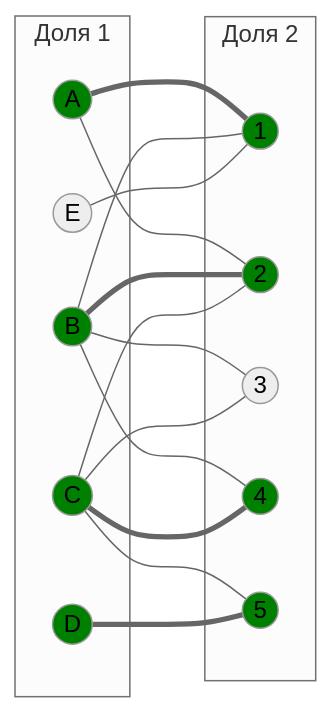
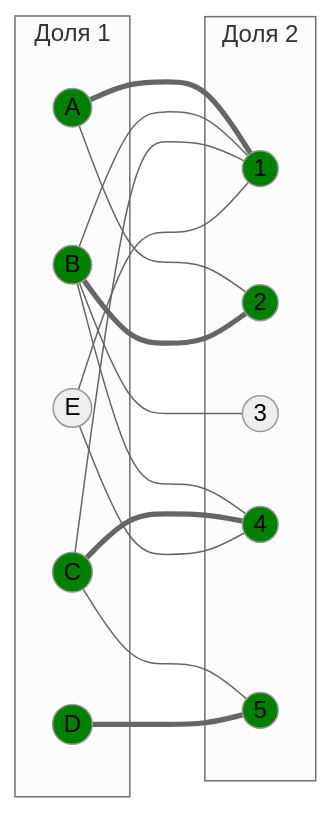
One commit to algos-ris-24-3/manual-tasks changed diagram 11 of 14 in Задание 8/syndicate.md. Above: the diagram before and after it, drawn with Mermaid (neutral theme). The commit also changed other lines of this file, not shown here.

````diff
--- a/Задание 8/syndicate.md
+++ b/Задание 8/syndicate.md
@@ -348,38 +453,38 @@
 ```mermaid
 graph LR
     subgraph "Доля 1"
         A((A))
         B((B))
         C((C))
         D((D))
         E((E))
     end
     subgraph "Доля 2"
         1((1))
         2((2))
         3((3))
         4((4))
         5((5))
     end
     A === 1
     A --- 2
     B --- 1
     B === 2
     B --- 3
     B --- 4
-    C --- 2
-    C --- 3
+    C --- 1
     C === 4
     C --- 5
     D === 5
     E --- 1
+    E --- 4
 
     style A fill:#008000
     style B fill:#008000
     style C fill:#008000
     style D fill:#008000
     style 1 fill:#008000
     style 2 fill:#008000
     style 4 fill:#008000
     style 5 fill:#008000
 ```
````
